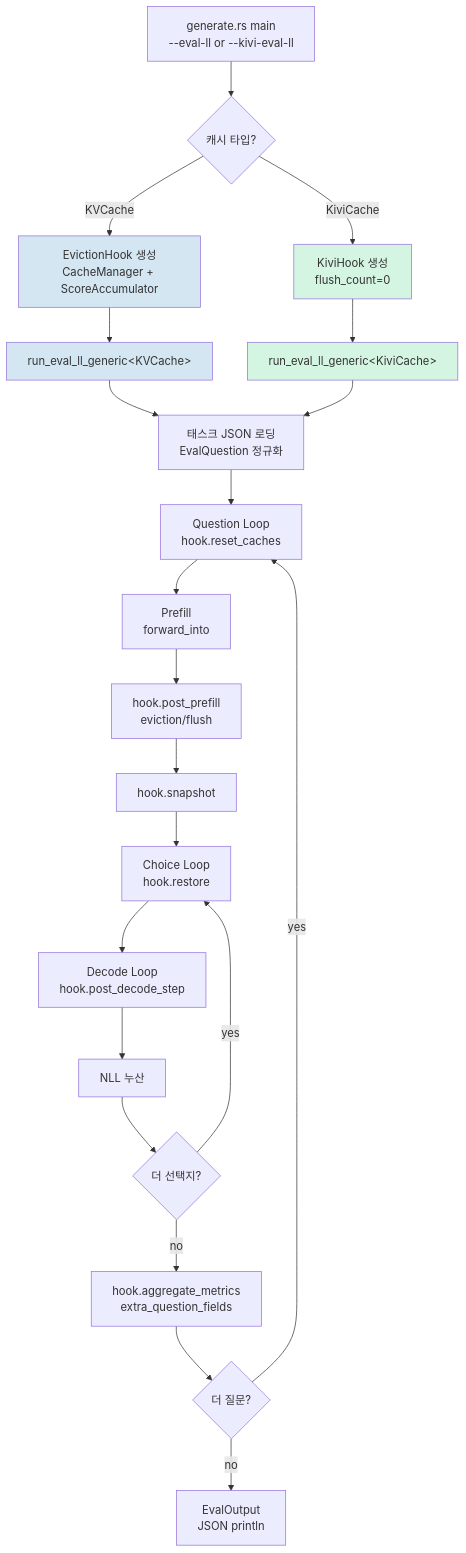
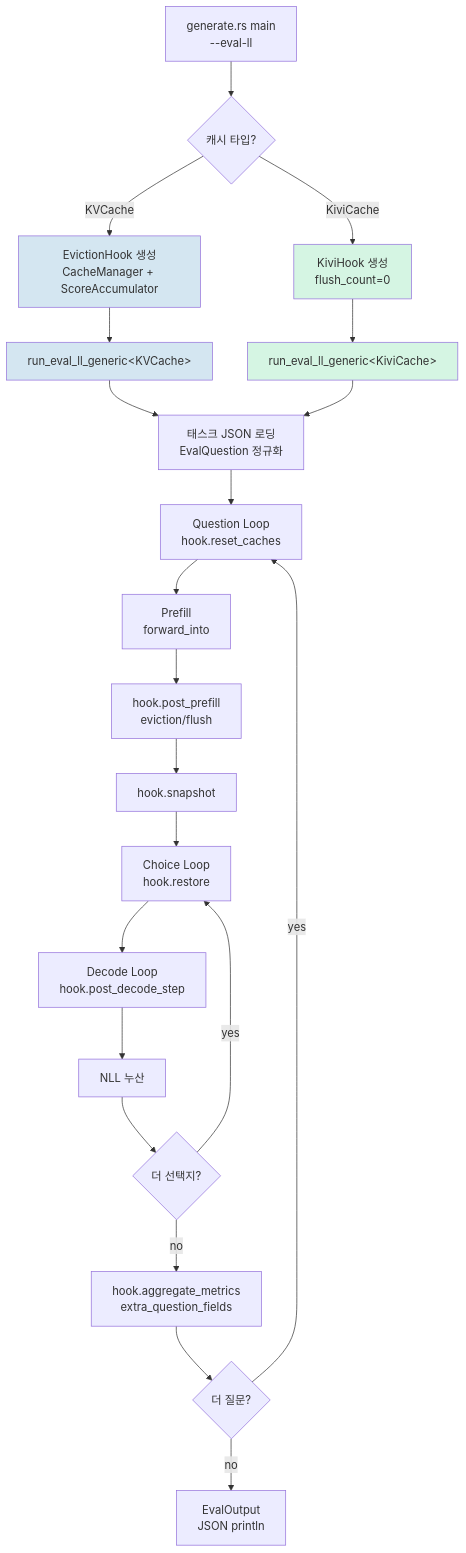
One commit to hedone21/llm_rs2 changed the second of 2 diagrams in docs/38_eval_refactoring.md. Above: the diagram before and after it, drawn with Mermaid. The commit also changed 10 other files, not shown here.

````diff
--- a/docs/38_eval_refactoring.md
+++ b/docs/38_eval_refactoring.md
@@ -320,28 +320,28 @@
 ```mermaid
 flowchart TD
-    A[generate.rs main\n--eval-ll or --kivi-eval-ll] --> B{캐시 타입?}
+    A[generate.rs main\n--eval-ll] --> B{캐시 타입?}
     B -->|KVCache| C[EvictionHook 생성\nCacheManager + ScoreAccumulator]
     B -->|KiviCache| D[KiviHook 생성\nflush_count=0]
     C --> E[run_eval_ll_generic&lt;KVCache&gt;]
     D --> F[run_eval_ll_generic&lt;KiviCache&gt;]
     E --> G
     F --> G[태스크 JSON 로딩\nEvalQuestion 정규화]
     G --> H[Question Loop\nhook.reset_caches]
     H --> I[Prefill\nforward_into]
     I --> J[hook.post_prefill\neviction/flush]
     J --> K[hook.snapshot]
     K --> L[Choice Loop\nhook.restore]
     L --> M[Decode Loop\nhook.post_decode_step]
     M --> N[NLL 누산]
     N --> O{더 선택지?}
     O -->|yes| L
     O -->|no| P[hook.aggregate_metrics\nextra_question_fields]
     P --> Q{더 질문?}
     Q -->|yes| H
     Q -->|no| R[EvalOutput\nJSON println]
 
     style C fill:#d4e6f1
     style D fill:#d5f5e3
     style E fill:#d4e6f1
     style F fill:#d5f5e3
 ```
````
